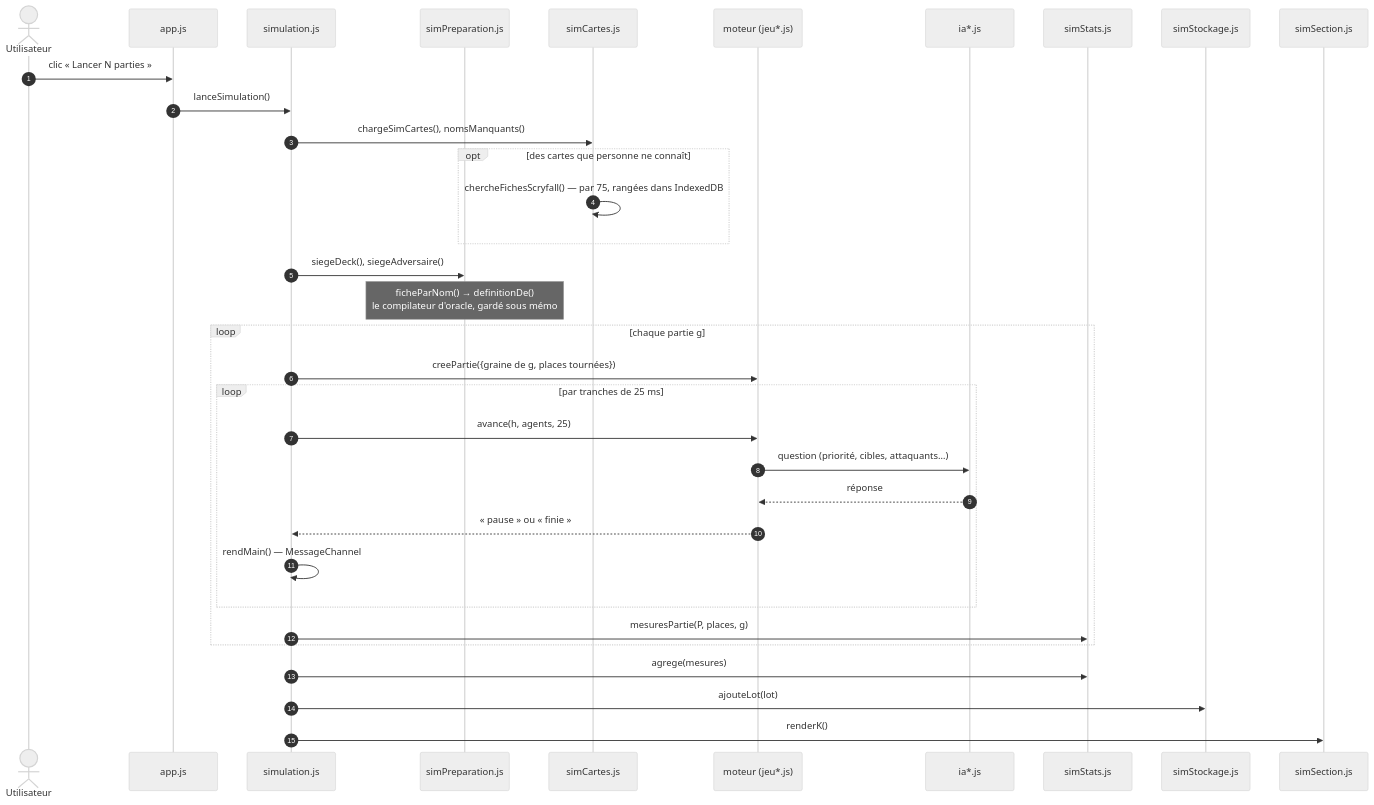
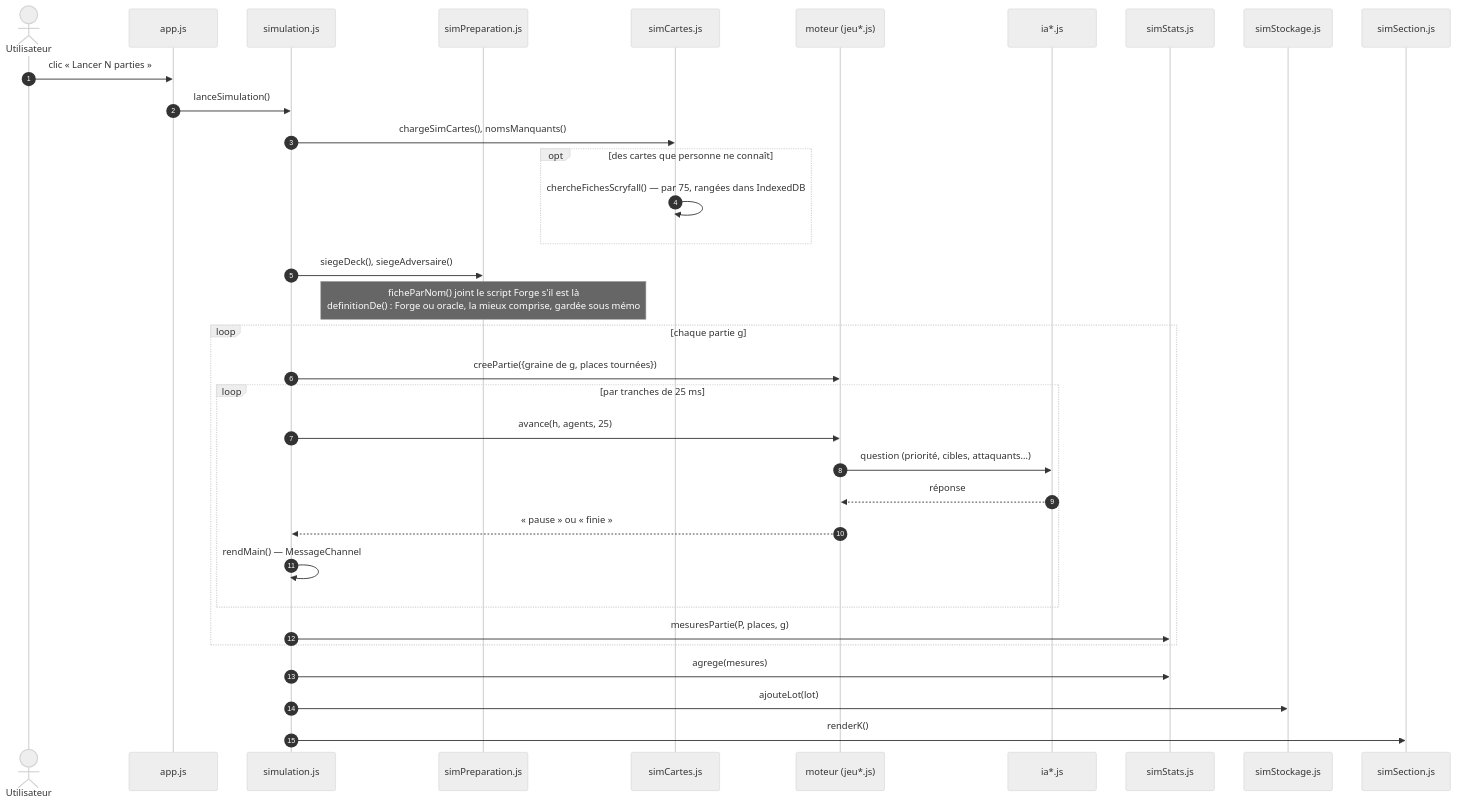
Diagram 19 of 25 in PARCOURS.md (HJoudrier/MtgDeckBuilder_v3), drawn with Mermaid (neutral theme) before and after one commit. The commit also changed other lines of this file and 39 other files, not shown here.

````diff
--- a/PARCOURS.md
+++ b/PARCOURS.md
@@ -754,37 +754,37 @@
 ```mermaid
 sequenceDiagram
     autonumber
     actor U as Utilisateur
     participant APP as app.js
     participant SIM as simulation.js
     participant PREP as simPreparation.js
     participant CAR as simCartes.js
     participant MOT as moteur (jeu*.js)
     participant IA as ia*.js
     participant ST as simStats.js
     participant RES as simStockage.js
     participant UI as simSection.js
 
     U->>APP: clic « Lancer N parties »
     APP->>SIM: lanceSimulation()
     SIM->>CAR: chargeSimCartes(), nomsManquants()
     opt des cartes que personne ne connaît
         CAR->>CAR: chercheFichesScryfall() — par 75, rangées dans IndexedDB
     end
     SIM->>PREP: siegeDeck(), siegeAdversaire()
-    Note over PREP: ficheParNom() → definitionDe()<br/>le compilateur d'oracle, gardé sous mémo
+    Note over PREP: ficheParNom() joint le script Forge s'il est là<br/>definitionDe() : Forge ou oracle, la mieux comprise, gardée sous mémo
     loop chaque partie g
         SIM->>MOT: creePartie({graine de g, places tournées})
         loop par tranches de 25 ms
             SIM->>MOT: avance(h, agents, 25)
             MOT->>IA: question (priorité, cibles, attaquants…)
             IA-->>MOT: réponse
             MOT-->>SIM: « pause » ou « finie »
             SIM->>SIM: rendMain() — MessageChannel
         end
         SIM->>ST: mesuresPartie(P, places, g)
     end
     SIM->>ST: agrege(mesures)
     SIM->>RES: ajouteLot(lot)
     SIM->>UI: renderK()
 ```
````
